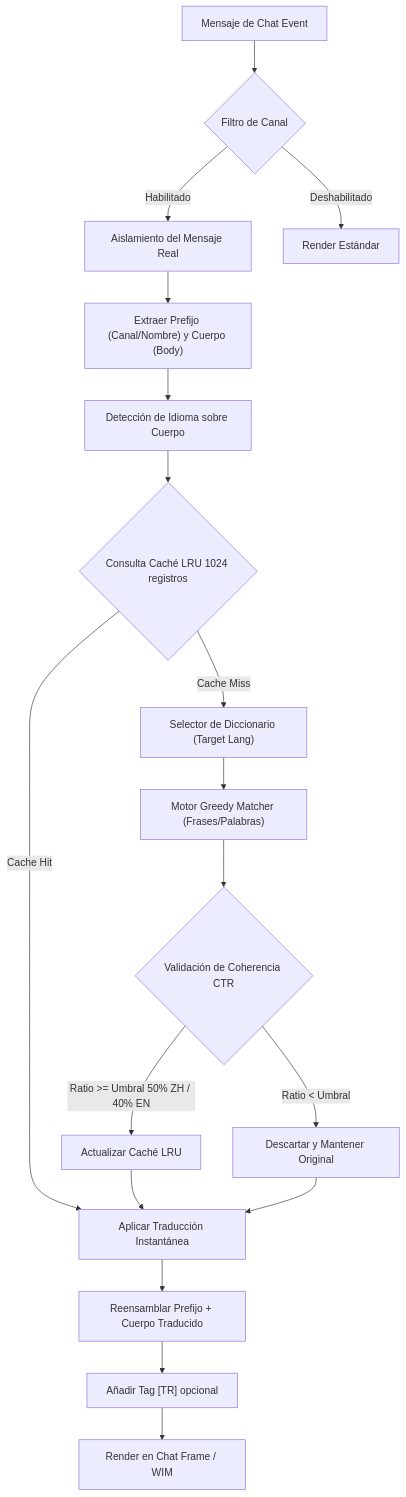
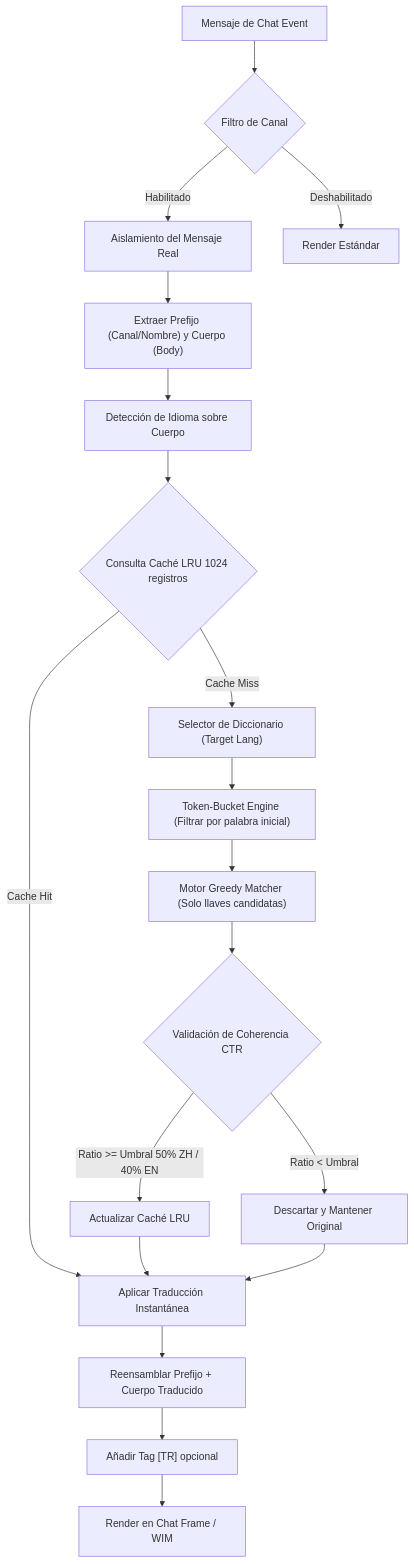
Before and after one commit to DarckRovert/pfUI-El-Sequito-del-Terror-Edition: the diagram in wiki/Arquitectura.md, drawn with Mermaid. The commit also changed other lines of this file and 7 other files, not shown here.

Commit message:
feat(translator): upgrade to v6.0.0 Ultimate-Tier with Token-Bucket engine and massive class spell/quest/item database

````diff
--- a/wiki/Arquitectura.md
+++ b/wiki/Arquitectura.md
@@ -16,20 +21,21 @@
 ```mermaid
 graph TD
     A[Mensaje de Chat Event] --> B{Filtro de Canal}
     B -- Habilitado --> C[Aislamiento del Mensaje Real]
     B -- Deshabilitado --> Z[Render Estándar]
     C --> D["Extraer Prefijo (Canal/Nombre) y Cuerpo (Body)"]
     D --> E[Detección de Idioma sobre Cuerpo]
     E --> F{Consulta Caché LRU 1024 registros}
     F -- Cache Hit --> G[Aplicar Traducción Instantánea]
     F -- Cache Miss --> H["Selector de Diccionario (Target Lang)"]
-    H --> I["Motor Greedy Matcher (Frases/Palabras)"]
-    I --> J{Validación de Coherencia CTR}
-    J -- Ratio >= Umbral 50% ZH / 40% EN --> K[Actualizar Caché LRU]
-    J -- Ratio < Umbral --> L[Descartar y Mantener Original]
-    K --> G
+    H --> I["Token-Bucket Engine (Filtrar por palabra inicial)"]
+    I --> J["Motor Greedy Matcher (Solo llaves candidatas)"]
+    J --> K{Validación de Coherencia CTR}
+    K -- Ratio >= Umbral 50% ZH / 40% EN --> L[Actualizar Caché LRU]
+    K -- Ratio < Umbral --> M[Descartar y Mantener Original]
     L --> G
-    G --> M[Reensamblar Prefijo + Cuerpo Traducido]
-    M --> N["Añadir Tag [TR] opcional"]
-    N --> O["Render en Chat Frame / WIM"]
+    M --> G
+    G --> N[Reensamblar Prefijo + Cuerpo Traducido]
+    N --> O["Añadir Tag [TR] opcional"]
+    O --> P["Render en Chat Frame / WIM"]
 ```
````
